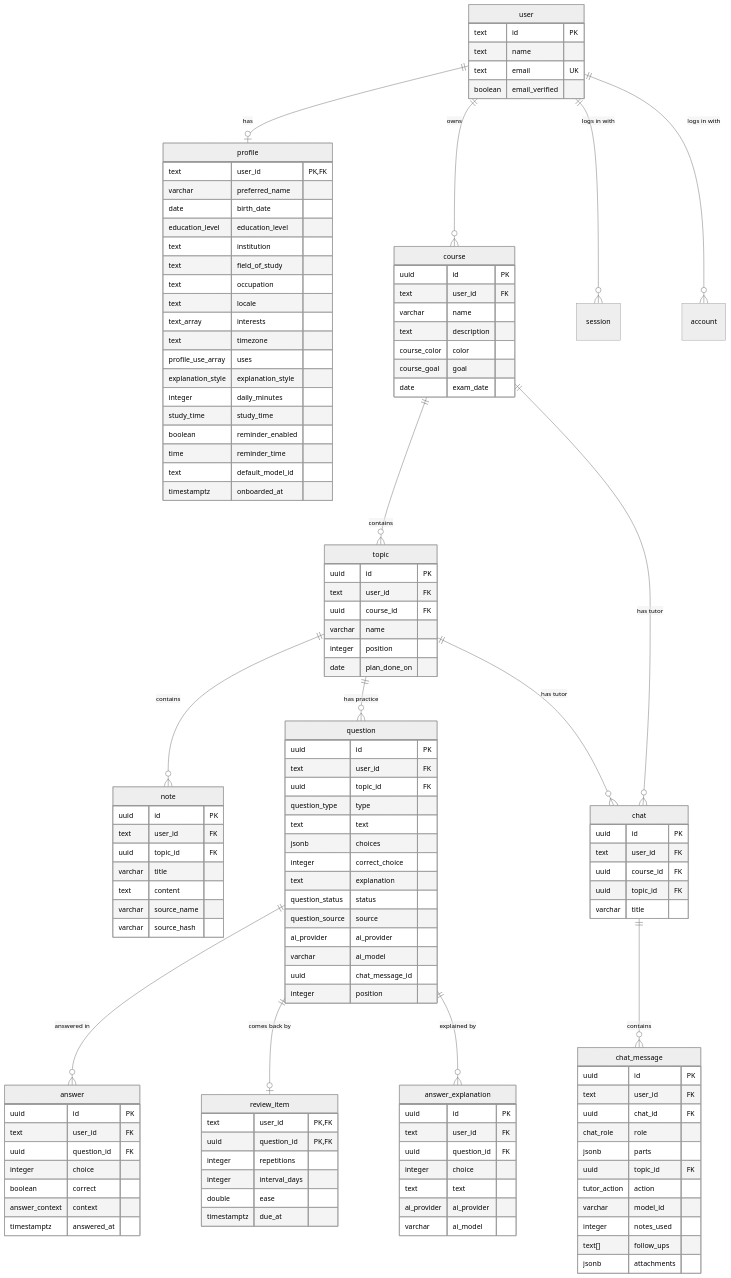
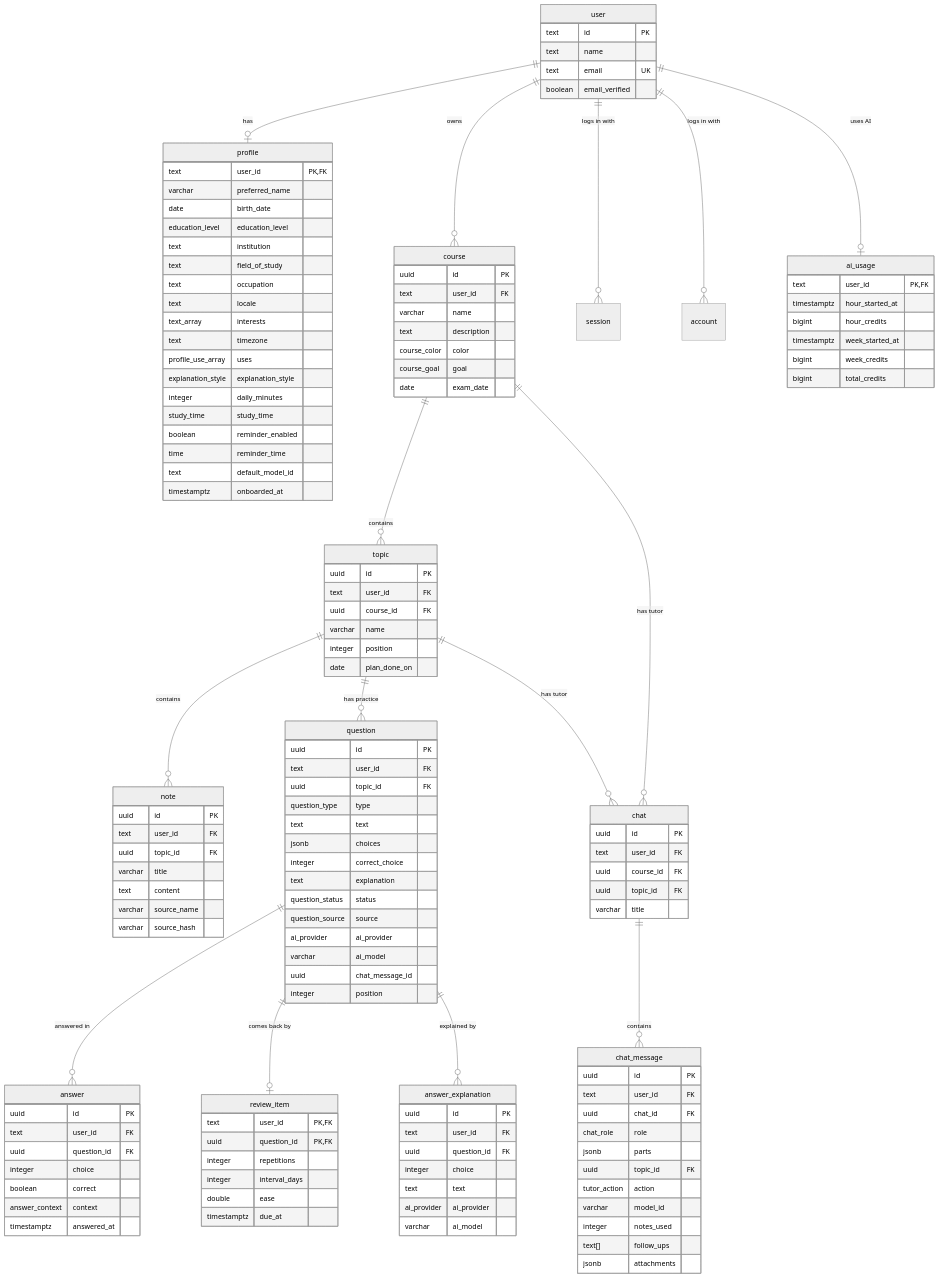
The diagram in docs/database.md (fyernald/orbi), drawn with Mermaid (neutral theme) before and after one commit. The commit also changed other lines of this file and 36 other files, not shown here.

Commit message:
feat: limit AI usage per student with hourly and weekly credits (#284)

```diff
--- a/docs/database.md
+++ b/docs/database.md
@@ -19,6 +19,7 @@
     chat ||--o{ chat_message : contains
     user ||--o{ session : "logs in with"
     user ||--o{ account : "logs in with"
+    user ||--o| ai_usage : "uses AI"
 
     user {
         text id PK
@@ -125,6 +126,14 @@
         double ease
         timestamptz due_at
     }
+    ai_usage {
+        text user_id PK,FK
+        timestamptz hour_started_at
+        bigint hour_credits
+        timestamptz week_started_at
+        bigint week_credits
+        bigint total_credits
+    }
     answer_explanation {
         uuid id PK
         text user_id FK
```
